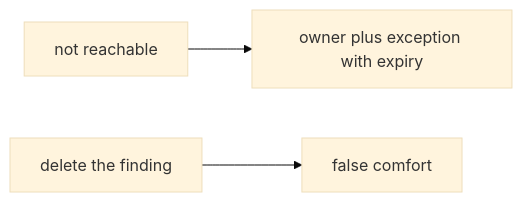
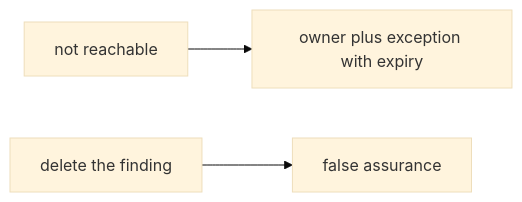
The second of 2 diagrams in content/modules/9/9.4/lessons/02-model.md (ishitvagoel/LearnSecurity), drawn with Mermaid (base theme) before and after one commit. The commit also changed 240 other files, not shown here.

````diff
--- a/content/modules/9/9.4/lessons/02-model.md
+++ b/content/modules/9/9.4/lessons/02-model.md
@@ -27,5 +27,5 @@
 ```mermaid
 flowchart LR
   Reach[not reachable] --> Note[owner plus exception with expiry]
-  Silent[delete the finding] --> False[false comfort]
+  Silent[delete the finding] --> False[false assurance]
 ```
````
